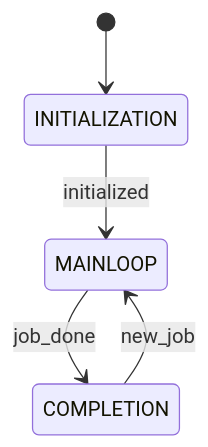
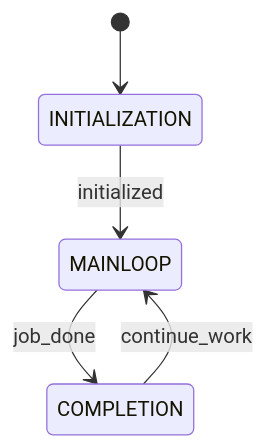
One commit to sheikkinen/statemachine-engine changed the diagram in docs/fsm-diagrams/simple_worker/main.mermaid. Above: the diagram before and after it, drawn with Mermaid. The commit also changed 5 other files, not shown here.

```diff
--- a/docs/fsm-diagrams/simple_worker/main.mermaid
+++ b/docs/fsm-diagrams/simple_worker/main.mermaid
@@ -1,16 +1,16 @@
 stateDiagram-v2
     [*] --> INITIALIZATION
 
     %% INITIALIZATION (1 states)
     state INITIALIZATION
 
     %% MAIN LOOP (2 states)
     state MAINLOOP
 
     %% COMPLETION (1 states)
     state COMPLETION
 
     %% Transitions between composites
     INITIALIZATION --> MAINLOOP : initialized
     MAINLOOP --> COMPLETION : job_done
-    COMPLETION --> MAINLOOP : new_job
+    COMPLETION --> MAINLOOP : continue_work
```
